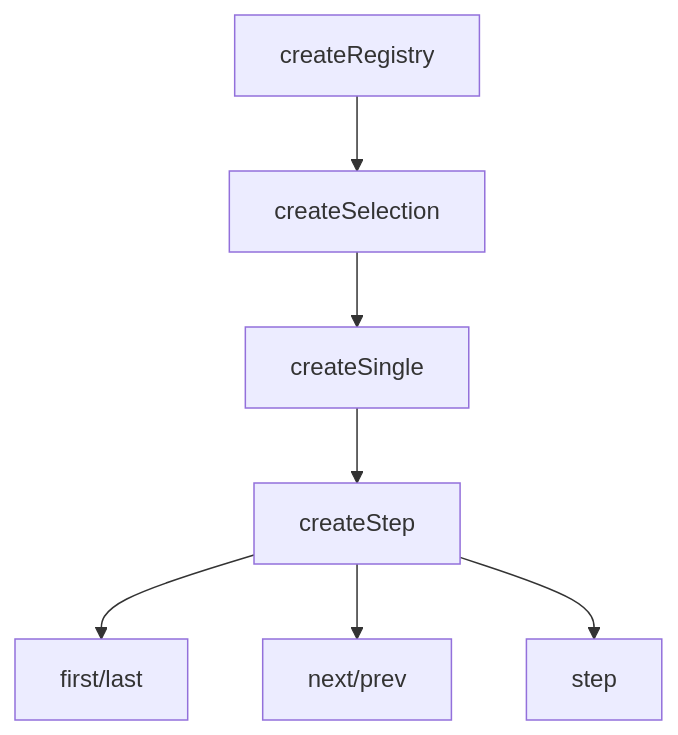
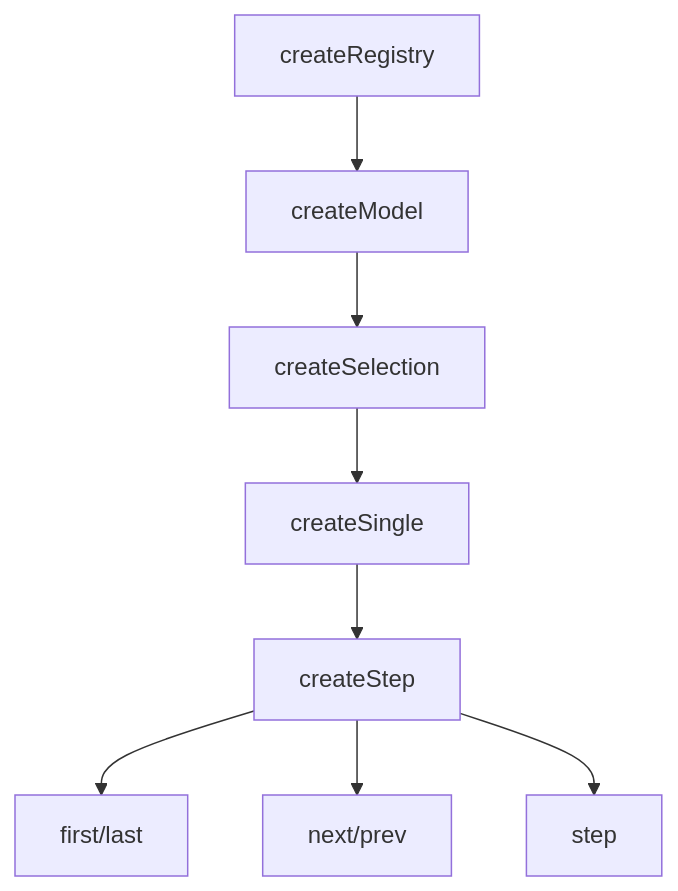
The diagram in apps/docs/src/pages/composables/selection/create-step.md (vuetifyjs/0), drawn with Mermaid before and after one commit. The commit also changed 4 other files, not shown here.

Commit message:
docs: add createModel to hierarchy diagrams across selection and utility pages

````diff
--- a/apps/docs/src/pages/composables/selection/create-step.md
+++ b/apps/docs/src/pages/composables/selection/create-step.md
@@ -64,9 +64,10 @@
 ```mermaid "Step Navigation Hierarchy"
 flowchart TD
-  createRegistry --> createSelection
+  createRegistry --> createModel
+  createModel --> createSelection
   createSelection --> createSingle
   createSingle --> createStep
   createStep --> first/last
   createStep --> next/prev
   createStep --> step
 ```
````
